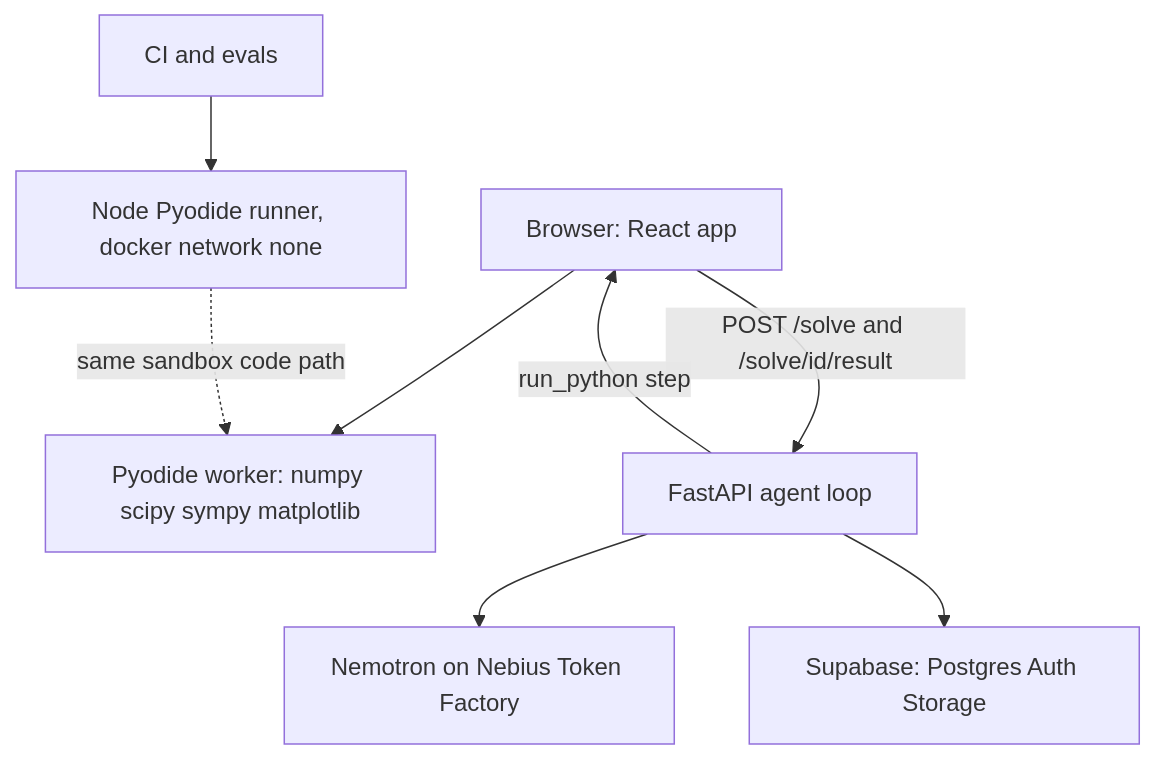
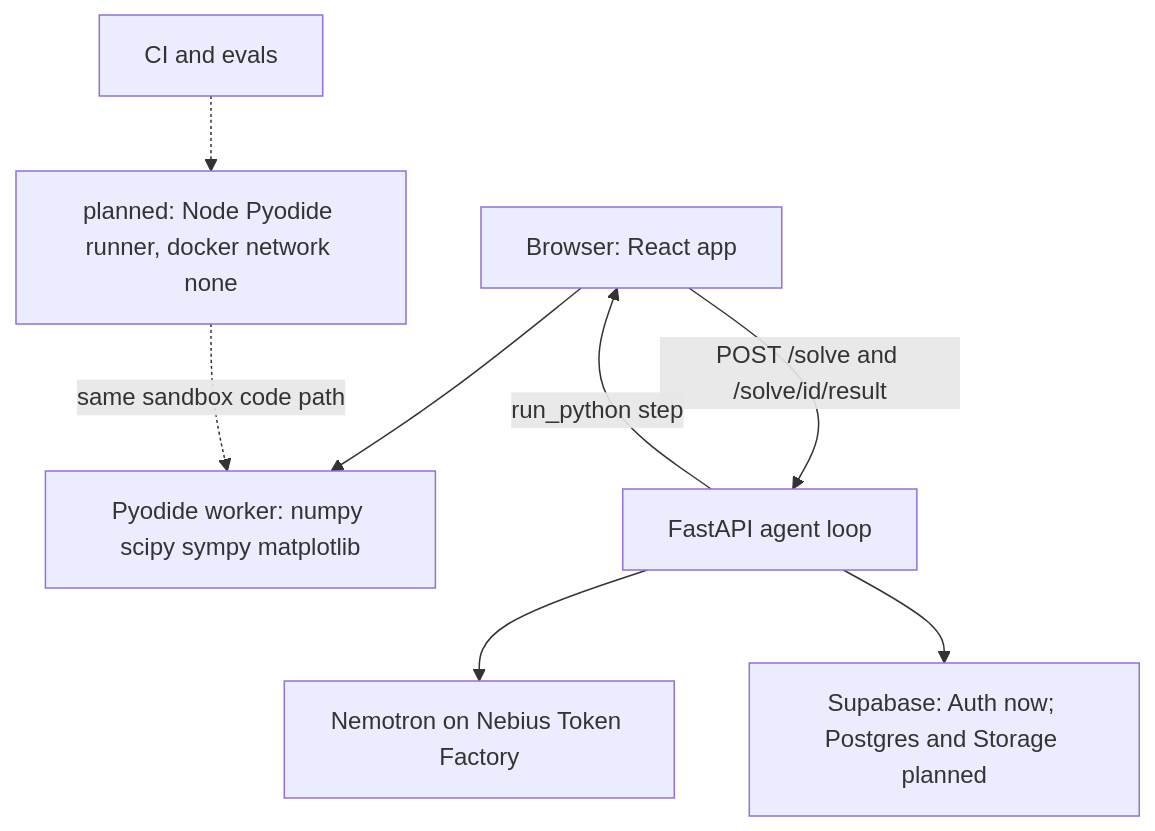
Before and after one commit to studyforge-team/studyforge: the diagram in README.md, drawn with Mermaid. The commit also changed other lines of this file, not shown here.

First line of the commit message:
F4 README: runner and database marked planned, setup commands and test notes current, McCabe drawing listed

````diff
--- a/README.md
+++ b/README.md
@@ -44,10 +44,10 @@
 ```mermaid
 graph TD
     Browser[Browser: React app] --> Worker[Pyodide worker: numpy scipy sympy matplotlib]
     Browser -->|POST /solve and /solve/id/result| API[FastAPI agent loop]
     API -->|run_python step| Browser
     API --> TF[Nemotron on Nebius Token Factory]
-    API --> DB[Supabase: Postgres Auth Storage]
-    CI[CI and evals] --> Runner[Node Pyodide runner, docker network none]
+    API --> DB[Supabase: Auth now; Postgres and Storage planned]
+    CI[CI and evals] -.-> Runner[planned: Node Pyodide runner, docker network none]
     Runner -.->|same sandbox code path| Worker
 ```
````
